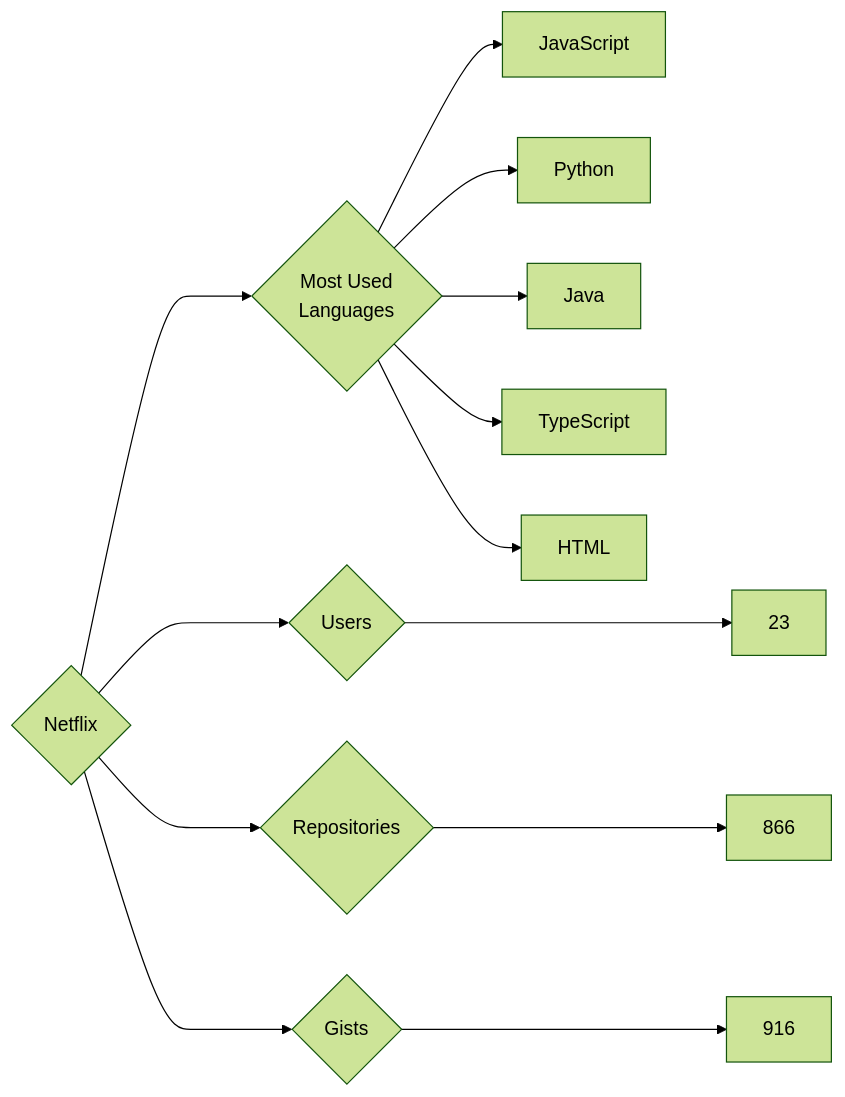
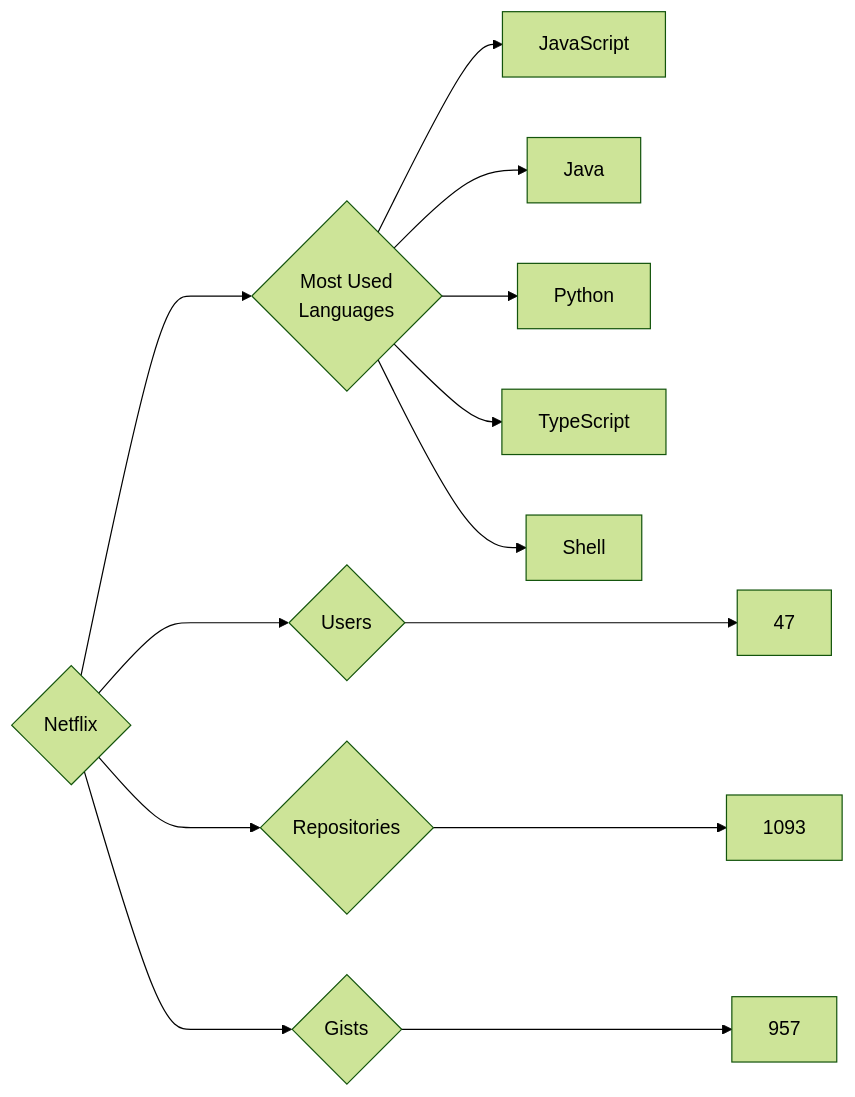
Before and after one commit to trickest/insiders: the diagram in targets/Netflix/README.md, drawn with Mermaid (forest theme). The commit also changed 728 other files, not shown here.

````diff
--- a/targets/Netflix/README.md
+++ b/targets/Netflix/README.md
@@ -3,13 +3,13 @@
 ```mermaid
 graph LR
 COMPANY_NAME{Netflix}
-COMPANY_NAME ---> U{Users} ---> UN[23]
-COMPANY_NAME ---> R{Repositories} ---> RN[866]
-COMPANY_NAME ---> G{Gists} ---> GN[916]
+COMPANY_NAME ---> U{Users} ---> UN[47]
+COMPANY_NAME ---> R{Repositories} ---> RN[1093]
+COMPANY_NAME ---> G{Gists} ---> GN[957]
 COMPANY_NAME ---> ML{Most Used<br>Languages}
 ML --> JavaScript[JavaScript]
+ML --> Java[Java]
 ML --> Python[Python]
-ML --> Java[Java]
 ML --> TypeScript[TypeScript]
-ML --> HTML[HTML]
+ML --> Shell[Shell]
 ```
````
